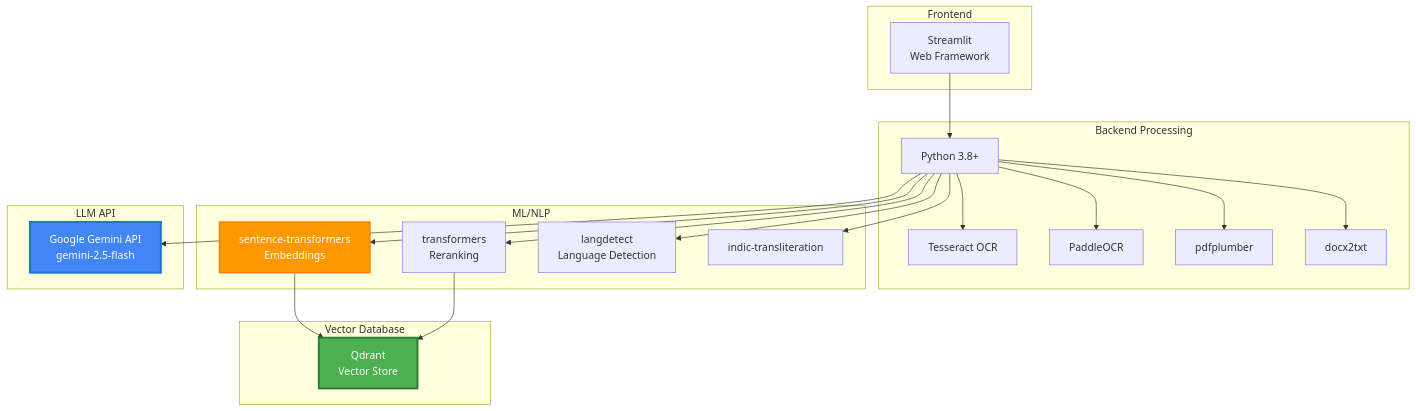
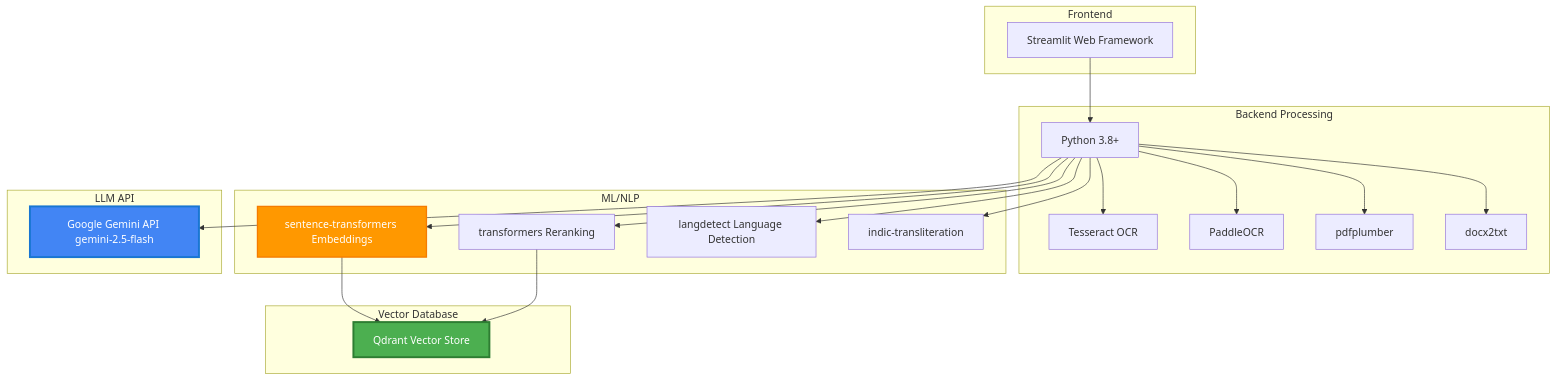
The sixth of 6 diagrams in ARCHITECTURE.md (siv3sh/Client_Nisha_Ma-am), drawn with Mermaid before and after one commit. The commit also changed other lines of this file and 1 other file, not shown here.

Commit message:
Fix Mermaid syntax errors - remove HTML tags and regenerate diagrams

````diff
--- a/ARCHITECTURE.md
+++ b/ARCHITECTURE.md
@@ -280,46 +280,46 @@
 ```mermaid
 graph TB
-    subgraph "Frontend"
-        S[Streamlit<br/>Web Framework]
-    end
-    
-    subgraph "Backend Processing"
-        P[Python 3.8+]
-        T[Tesseract OCR]
-        PD[PaddleOCR]
-        PL[pdfplumber]
-        D2T[docx2txt]
-    end
-    
-    subgraph "ML/NLP"
-        ST[sentence-transformers<br/>Embeddings]
-        TR[transformers<br/>Reranking]
-        LD[langdetect<br/>Language Detection]
-        IT[indic-transliteration]
-    end
-    
-    subgraph "Vector Database"
-        Q[Qdrant<br/>Vector Store]
-    end
-    
-    subgraph "LLM API"
-        G[Google Gemini API<br/>gemini-2.5-flash]
-    end
-    
-    S --> P
-    P --> T
-    P --> PD
-    P --> PL
-    P --> D2T
-    P --> ST
-    P --> TR
-    P --> LD
-    P --> IT
-    ST --> Q
-    TR --> Q
-    P --> G
-    
-    style Q fill:#4CAF50,stroke:#2E7D32,stroke-width:3px,color:#fff
-    style G fill:#4285F4,stroke:#1976D2,stroke-width:3px,color:#fff
-    style ST fill:#FF9800,stroke:#F57C00,stroke-width:2px,color:#fff
+ subgraph "Frontend"
+ S[Streamlit Web Framework]
+ end
+
+ subgraph "Backend Processing"
+ P[Python 3.8+]
+ T[Tesseract OCR]
+ PD[PaddleOCR]
+ PL[pdfplumber]
+ D2T[docx2txt]
+ end
+
+ subgraph "ML/NLP"
+ ST[sentence-transformers Embeddings]
+ TR[transformers Reranking]
+ LD[langdetect Language Detection]
+ IT[indic-transliteration]
+ end
+
+ subgraph "Vector Database"
+ Q[Qdrant Vector Store]
+ end
+
+ subgraph "LLM API"
+ G[Google Gemini API gemini-2.5-flash]
+ end
+
+ S --> P
+ P --> T
+ P --> PD
+ P --> PL
+ P --> D2T
+ P --> ST
+ P --> TR
+ P --> LD
+ P --> IT
+ ST --> Q
+ TR --> Q
+ P --> G
+
+ style Q fill:#4CAF50,stroke:#2E7D32,stroke-width:3px,color:#fff
+ style G fill:#4285F4,stroke:#1976D2,stroke-width:3px,color:#fff
+ style ST fill:#FF9800,stroke:#F57C00,stroke-width:2px,color:#fff
 ```
````
